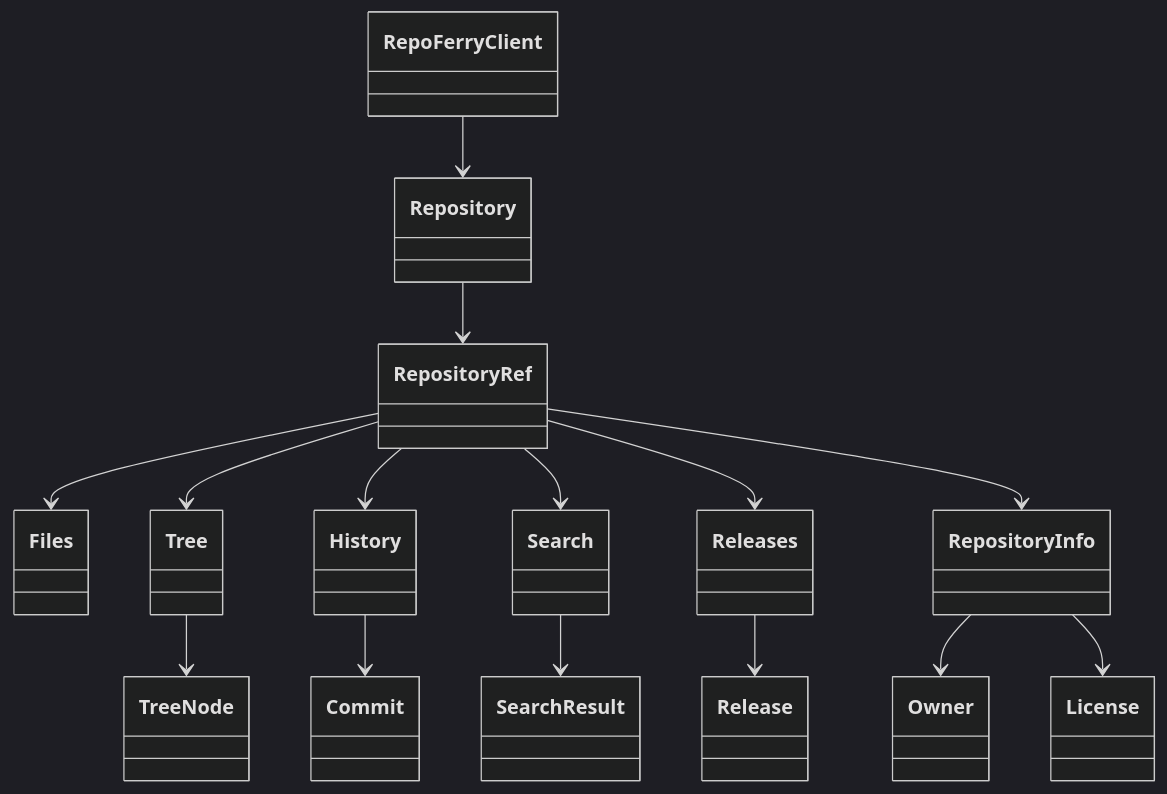
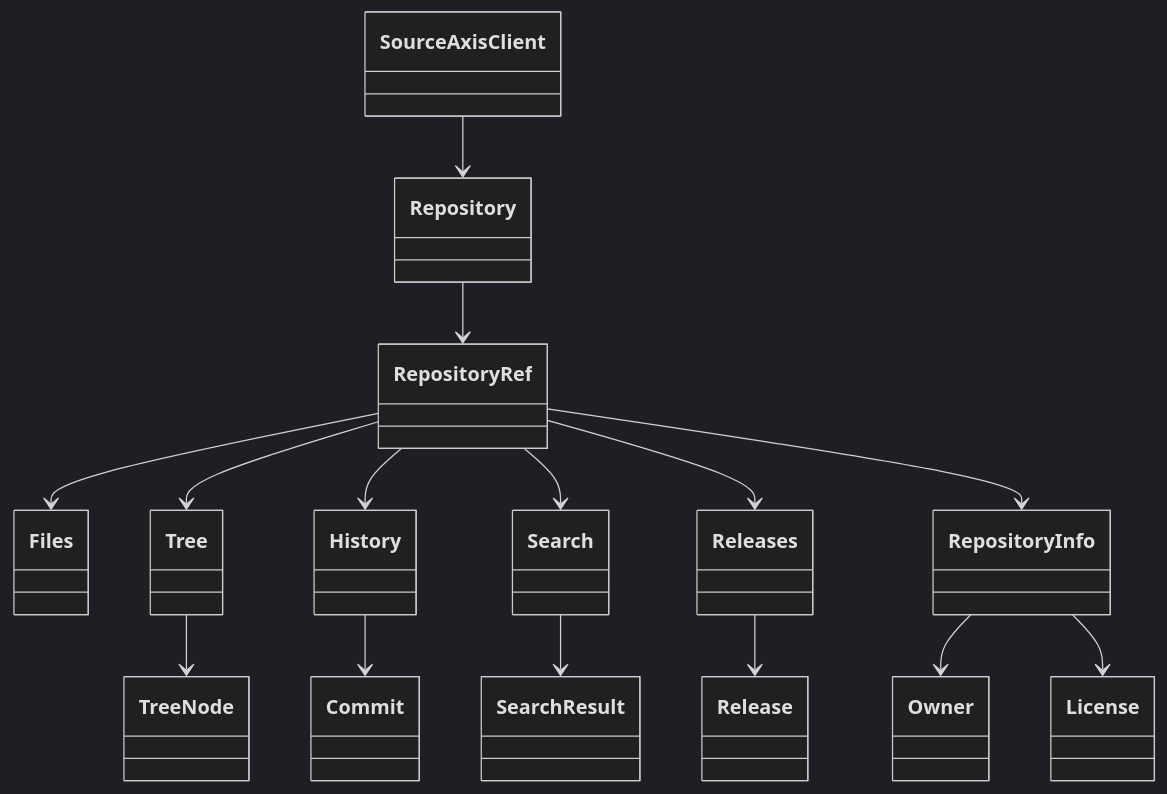
Before and after one commit to mriduldey/git-bridge: the first of 4 diagrams in docs/architecture/adr/ADR-002.md, drawn with Mermaid (dark theme). The commit also changed other lines of this file and 118 other files, not shown here.

First line of the commit message:
Release v0.1.0: SourceAxis developer preview (#3)

````diff
--- a/docs/architecture/adr/ADR-002.md
+++ b/docs/architecture/adr/ADR-002.md
@@ -198,22 +198,22 @@
 ```mermaid
 classDiagram
 
-RepoFerryClient --> Repository
+SourceAxisClient --> Repository
 Repository --> RepositoryRef
 
 RepositoryRef --> Files
 RepositoryRef --> Tree
 RepositoryRef --> History
 RepositoryRef --> Search
 RepositoryRef --> Releases
 
 RepositoryRef --> RepositoryInfo
 
 RepositoryInfo --> Owner
 RepositoryInfo --> License
 
 History --> Commit
 Releases --> Release
 Tree --> TreeNode
 Search --> SearchResult
 ```
````
